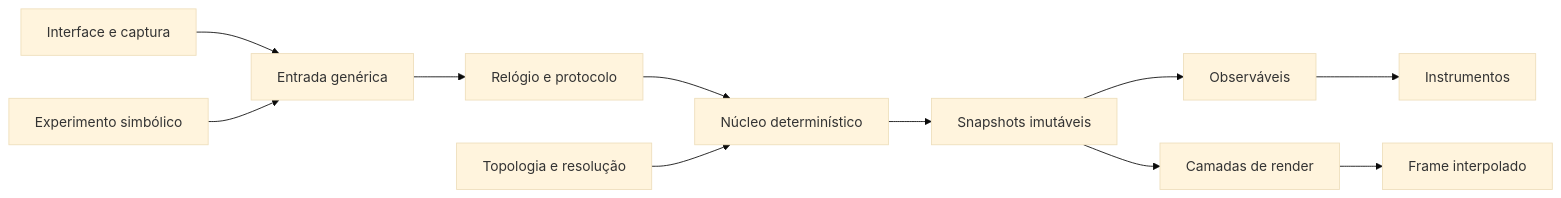
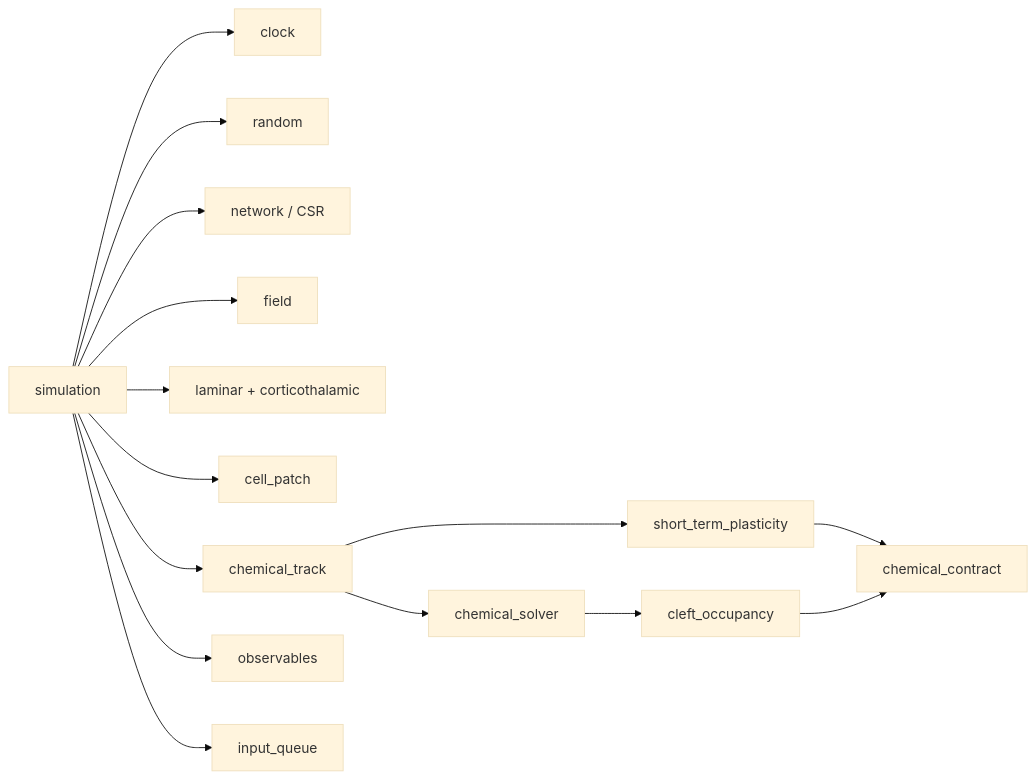
The third of 13 diagrams in ARCHITECTURE.md (blightghp/blightghp), drawn with Mermaid (base theme) before and after one commit. The commit also changed other lines of this file and 16 other files, not shown here.

Commit message:
docs: consolidate 0.8 architecture and roadmap

````diff
--- a/ARCHITECTURE.md
+++ b/ARCHITECTURE.md
@@ -24,13 +90,17 @@
 ```mermaid
 flowchart LR
-    UI["Interface e captura"] --> IN["Entrada genérica"]
-    PERSONAL["Experimento simbólico"] --> IN
-    IN --> CLOCK["Relógio e protocolo"]
-    CLOCK --> CORE["Núcleo determinístico"]
-    TOPO["Topologia e resolução"] --> CORE
-    CORE --> SNAP["Snapshots imutáveis"]
-    SNAP --> OBS["Observáveis"]
-    SNAP --> RENDER["Camadas de render"]
-    OBS --> HUD["Instrumentos"]
-    RENDER --> FRAME["Frame interpolado"]
+    SIM["simulation"] --> CLOCK["clock"]
+    SIM --> RNG["random"]
+    SIM --> NET["network / CSR"]
+    SIM --> FIELD["field"]
+    SIM --> LAM["laminar + corticothalamic"]
+    SIM --> CELL["cell_patch"]
+    SIM --> TRACK["chemical_track"]
+    TRACK --> STP["short_term_plasticity"]
+    TRACK --> SOLVER["chemical_solver"]
+    SOLVER --> CLEFT["cleft_occupancy"]
+    STP --> CONTRACT["chemical_contract"]
+    CLEFT --> CONTRACT
+    SIM --> OBS["observables"]
+    SIM --> INPUT["input_queue"]
 ```
````
